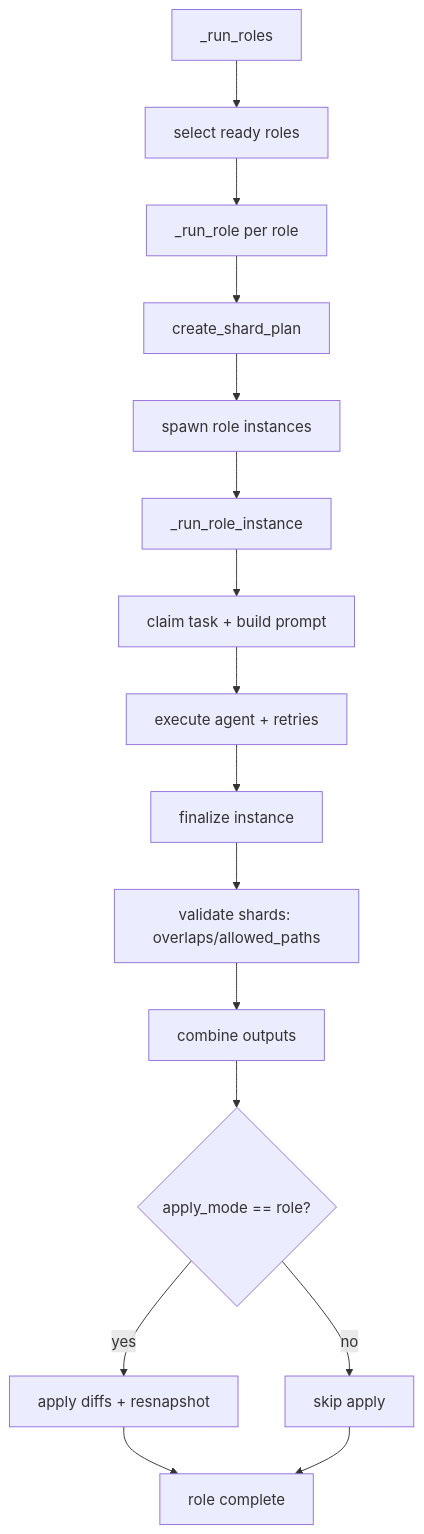
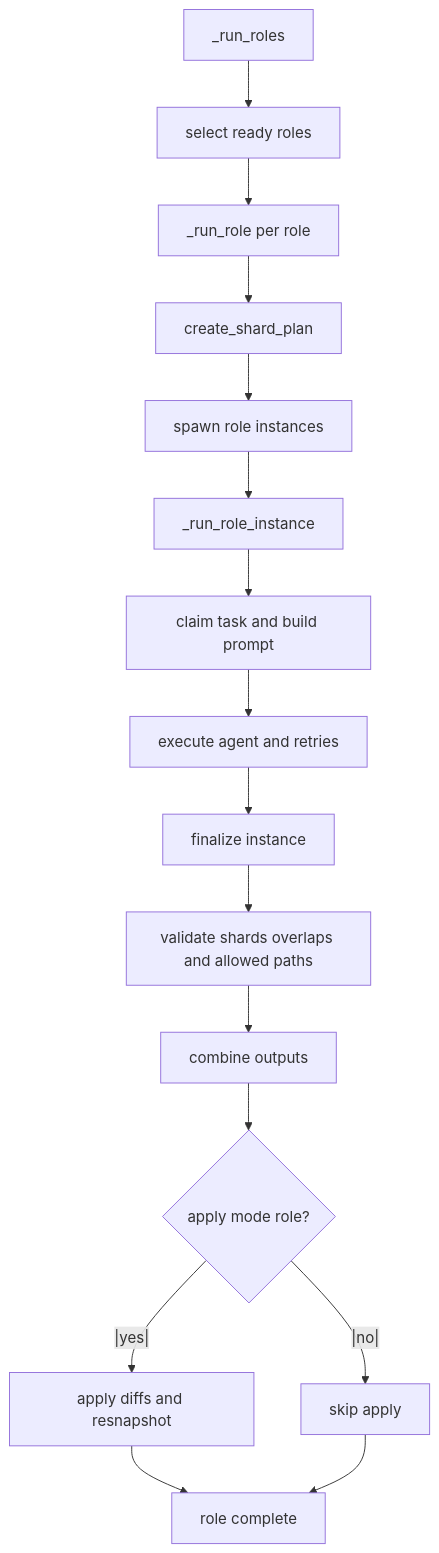
The fourth of 5 diagrams in docs/WORKFLOWS.md (CodeName-666/CodexCli-MultiAgent), drawn with Mermaid before and after one commit. The commit also changed other lines of this file, not shown here.

````diff
--- a/docs/WORKFLOWS.md
+++ b/docs/WORKFLOWS.md
@@ -72,18 +72,18 @@
 ```mermaid
-flowchart TD
+graph TD
   A[_run_roles] --> B[select ready roles]
   B --> C[_run_role per role]
   C --> D[create_shard_plan]
   D --> E[spawn role instances]
   E --> F[_run_role_instance]
-  F --> G[claim task + build prompt]
-  G --> H[execute agent + retries]
+  F --> G[claim task and build prompt]
+  G --> H[execute agent and retries]
   H --> I[finalize instance]
-  I --> J[validate shards: overlaps/allowed_paths]
+  I --> J[validate shards overlaps and allowed paths]
   J --> K[combine outputs]
-  K --> L{apply_mode == role?}
-  L -- yes --> M[apply diffs + resnapshot]
-  L -- no --> N[skip apply]
+  K --> L{apply mode role?}
+  L --|yes|--> M[apply diffs and resnapshot]
+  L --|no|--> N[skip apply]
   M --> O[role complete]
   N --> O
 ```
````
